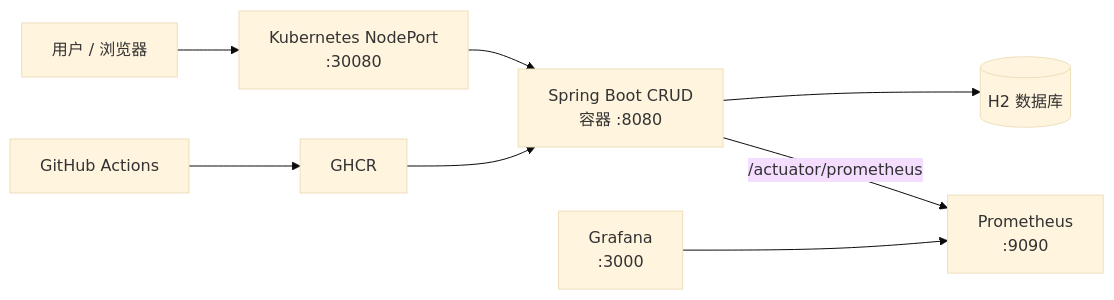
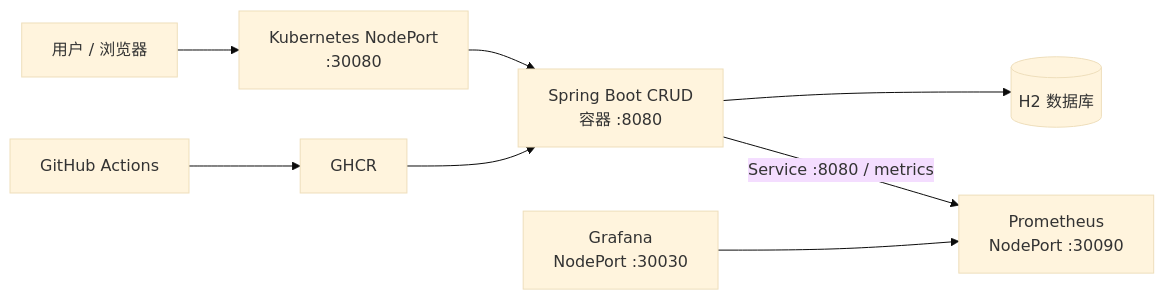
The diagram in README.zh-CN.md (ChrisWu365/java-maven-crud-cicd), drawn with Mermaid (base theme) before and after one commit. The commit also changed other lines of this file and 4 other files, not shown here.

````diff
--- a/README.zh-CN.md
+++ b/README.zh-CN.md
@@ -35,10 +35,10 @@
 ```mermaid
 flowchart LR
     User[用户 / 浏览器] --> K8s[Kubernetes NodePort<br/>:30080]
     K8s --> App[Spring Boot CRUD<br/>容器 :8080]
     App --> H2[(H2 数据库)]
-    App -- /actuator/prometheus --> Prom[Prometheus<br/>:9090]
-    Graf[Grafana<br/>:3000] --> Prom
+    App -- Service :8080 / metrics --> Prom[Prometheus<br/>NodePort :30090]
+    Graf[Grafana<br/>NodePort :30030] --> Prom
     CI[GitHub Actions] --> Registry[GHCR]
     Registry --> App
 ```
````
